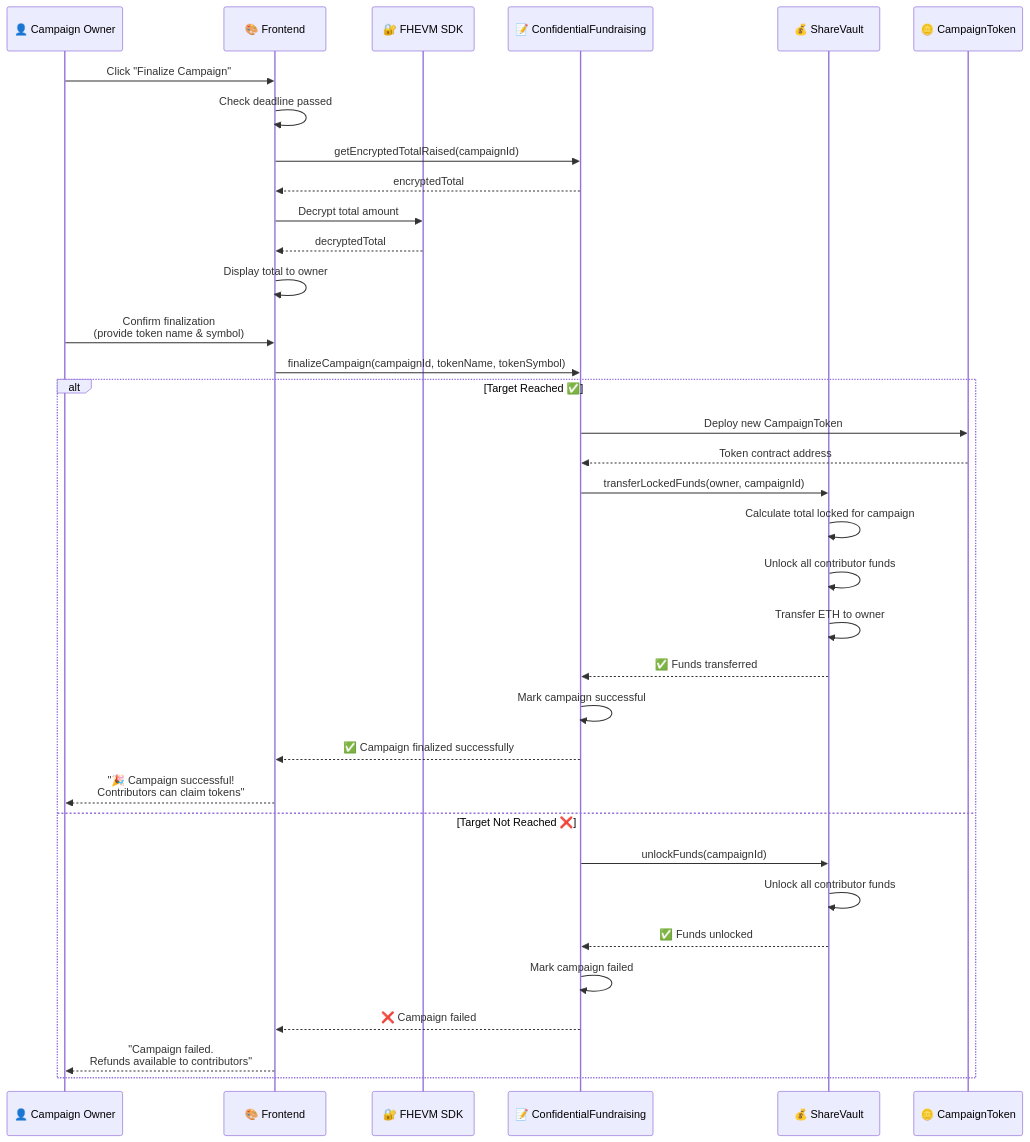
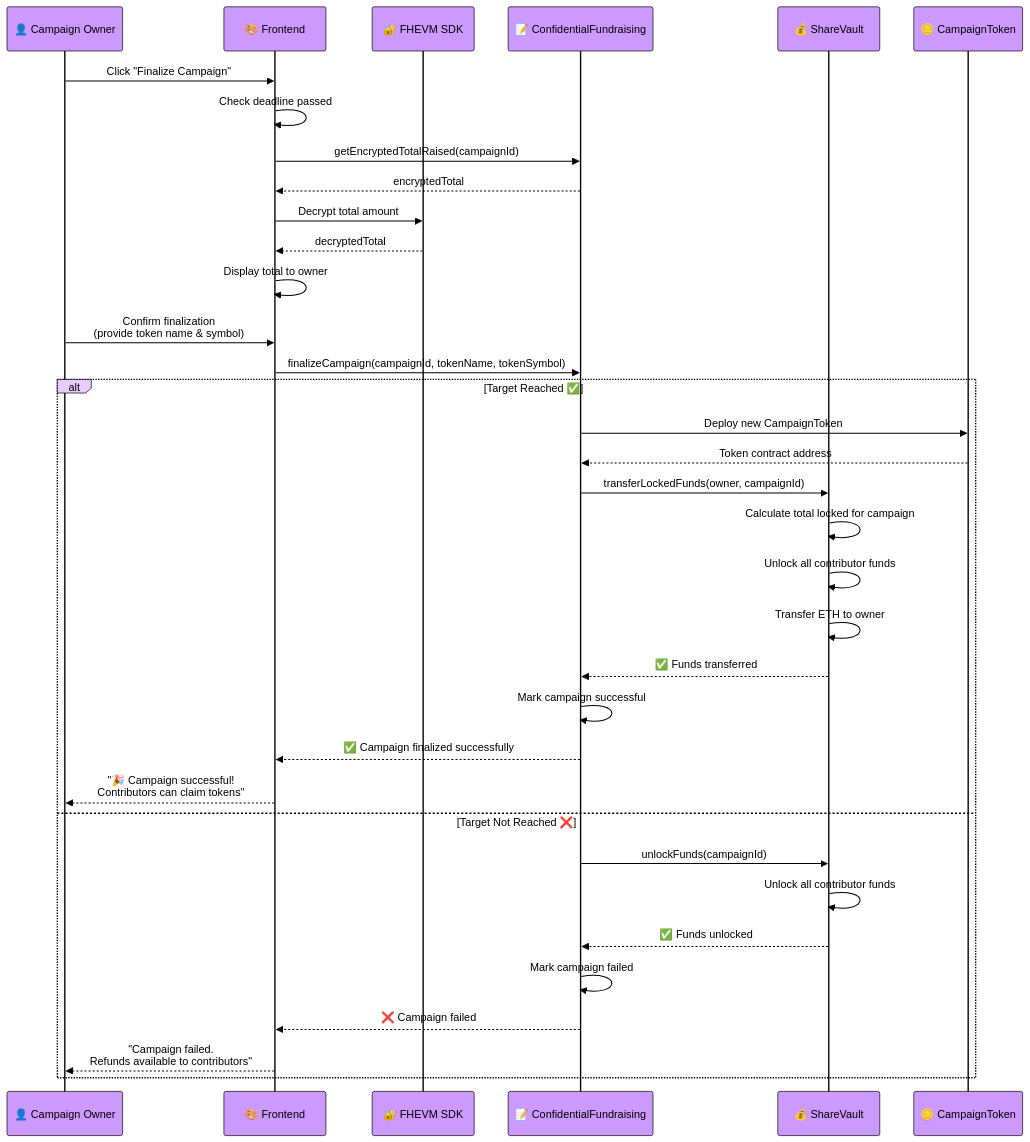
The fifth of 8 diagrams in README.md (cris-the-dev/confidental-fundraising), drawn with Mermaid before and after one commit. The commit also changed other lines of this file, not shown here.

Commit message:
chore(): update mermaid diagrams style

````diff
--- a/README.md
+++ b/README.md
@@ -197,42 +198,43 @@
 ```mermaid
+%%{init: {'theme':'base', 'themeVariables': {'primaryColor':'#cc99ff','primaryTextColor':'#000','primaryBorderColor':'#000','lineColor':'#000','secondaryColor':'#e6ccff','tertiaryColor':'#fff','noteBkgColor':'#e6ccff','noteTextColor':'#000','noteBorderColor':'#000','actorBkg':'#cc99ff','actorBorder':'#000','actorTextColor':'#000','actorLineColor':'#000','signalColor':'#000','signalTextColor':'#000','labelBoxBkgColor':'#e6ccff','labelBoxBorderColor':'#000','labelTextColor':'#000','loopTextColor':'#000','activationBorderColor':'#000','activationBkgColor':'#f5ebff','sequenceNumberColor':'#000'}}}%%
 sequenceDiagram
     participant U as 👤 Campaign Owner
     participant F as 🎨 Frontend
     participant SDK as 🔐 FHEVM SDK
     participant CF as 📝 ConfidentialFundraising
     participant SV as 💰 ShareVault
     participant CT as 🪙 CampaignToken
 
     U->>F: Click "Finalize Campaign"
     F->>F: Check deadline passed
 
     F->>CF: getEncryptedTotalRaised(campaignId)
     CF-->>F: encryptedTotal
     F->>SDK: Decrypt total amount
     SDK-->>F: decryptedTotal
 
     F->>F: Display total to owner
     U->>F: Confirm finalization<br/>(provide token name & symbol)
 
     F->>CF: finalizeCampaign(campaignId, tokenName, tokenSymbol)
 
     alt Target Reached ✅
         CF->>CT: Deploy new CampaignToken
         CT-->>CF: Token contract address
         CF->>SV: transferLockedFunds(owner, campaignId)
         SV->>SV: Calculate total locked for campaign
         SV->>SV: Unlock all contributor funds
         SV->>SV: Transfer ETH to owner
         SV-->>CF: ✅ Funds transferred
         CF->>CF: Mark campaign successful
         CF-->>F: ✅ Campaign finalized successfully
         F-->>U: "🎉 Campaign successful!<br/>Contributors can claim tokens"
     else Target Not Reached ❌
         CF->>SV: unlockFunds(campaignId)
         SV->>SV: Unlock all contributor funds
         SV-->>CF: ✅ Funds unlocked
         CF->>CF: Mark campaign failed
         CF-->>F: ❌ Campaign failed
         F-->>U: "Campaign failed.<br/>Refunds available to contributors"
     end
 ```
````
